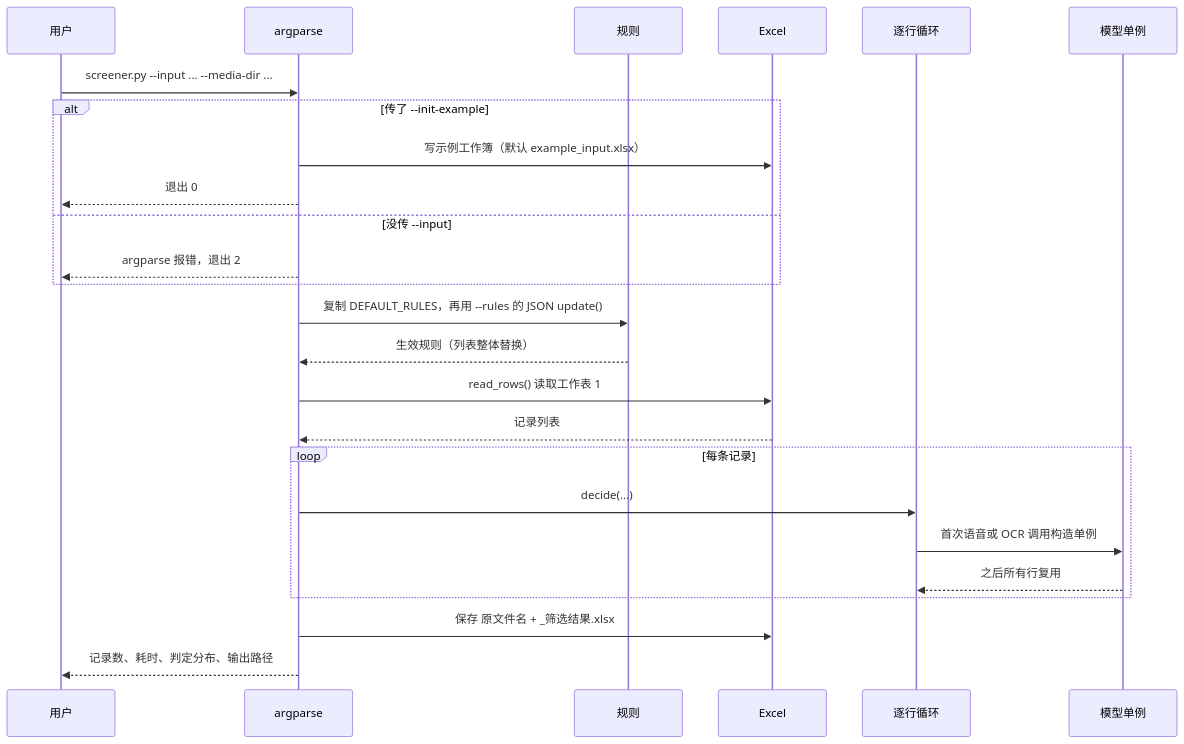
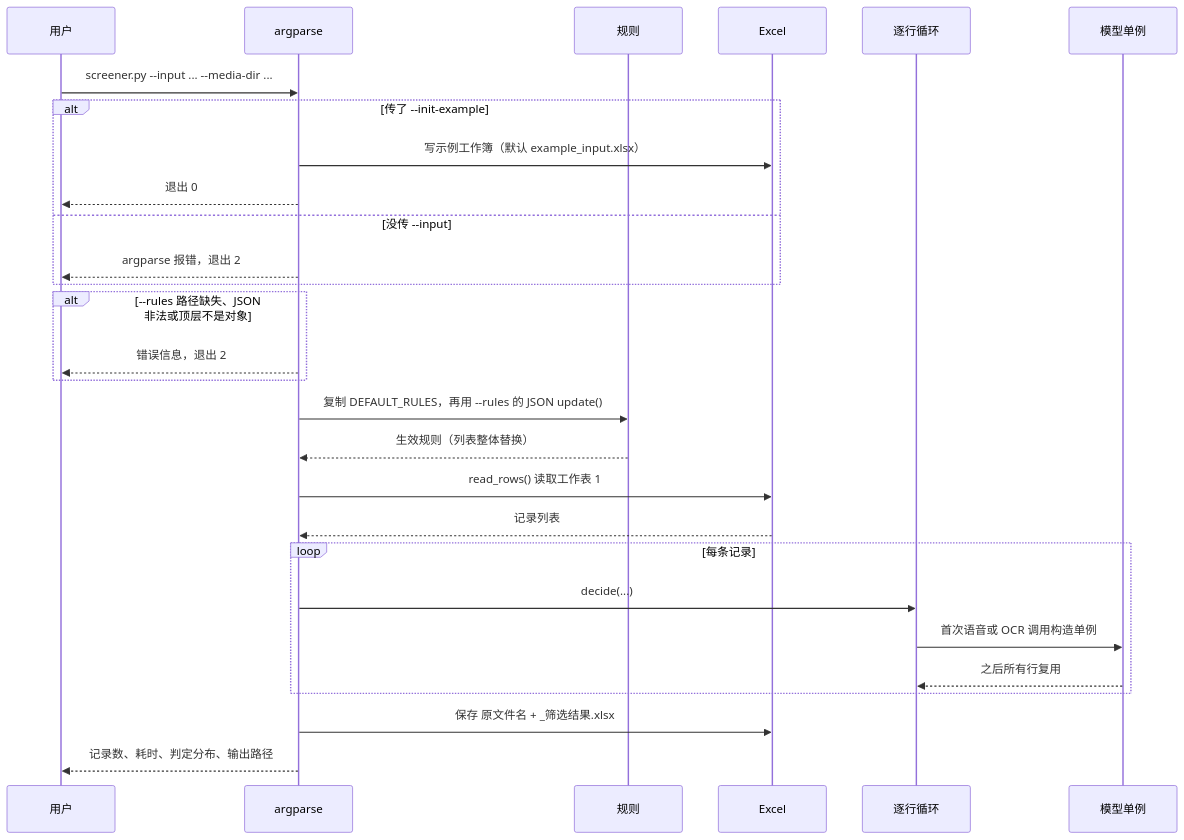
The third of 6 diagrams in README.zh-CN.md (Ethan-upgrade/sv-topic-screener), drawn with Mermaid before and after one commit. The commit also changed other lines of this file and 4 other files, not shown here.

````diff
--- a/README.zh-CN.md
+++ b/README.zh-CN.md
@@ -193,28 +218,31 @@
 ```mermaid
 sequenceDiagram
     participant U as 用户
     participant A as argparse
     participant R as 规则
     participant X as Excel
     participant L as 逐行循环
     participant C as 模型单例
 
     U->>A: screener.py --input ... --media-dir ...
     alt 传了 --init-example
         A->>X: 写示例工作簿（默认 example_input.xlsx）
         A-->>U: 退出 0
     else 没传 --input
         A-->>U: argparse 报错，退出 2
     end
+    alt --rules 路径缺失、JSON 非法或顶层不是对象
+        A-->>U: 错误信息，退出 2
+    end
     A->>R: 复制 DEFAULT_RULES，再用 --rules 的 JSON update()
     R-->>A: 生效规则（列表整体替换）
     A->>X: read_rows() 读取工作表 1
     X-->>A: 记录列表
     loop 每条记录
         A->>L: decide(...)
         L->>C: 首次语音或 OCR 调用构造单例
         C-->>L: 之后所有行复用
     end
     A->>X: 保存 原文件名 + _筛选结果.xlsx
     A-->>U: 记录数、耗时、判定分布、输出路径
 ```
````
